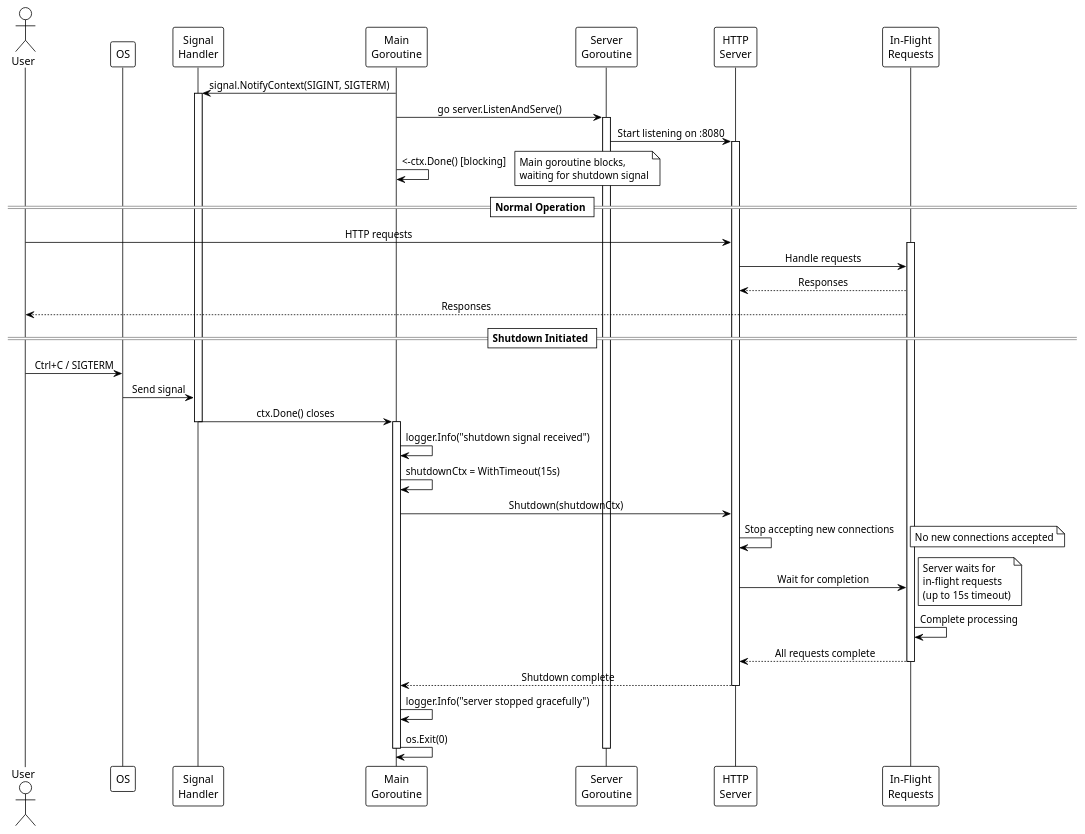
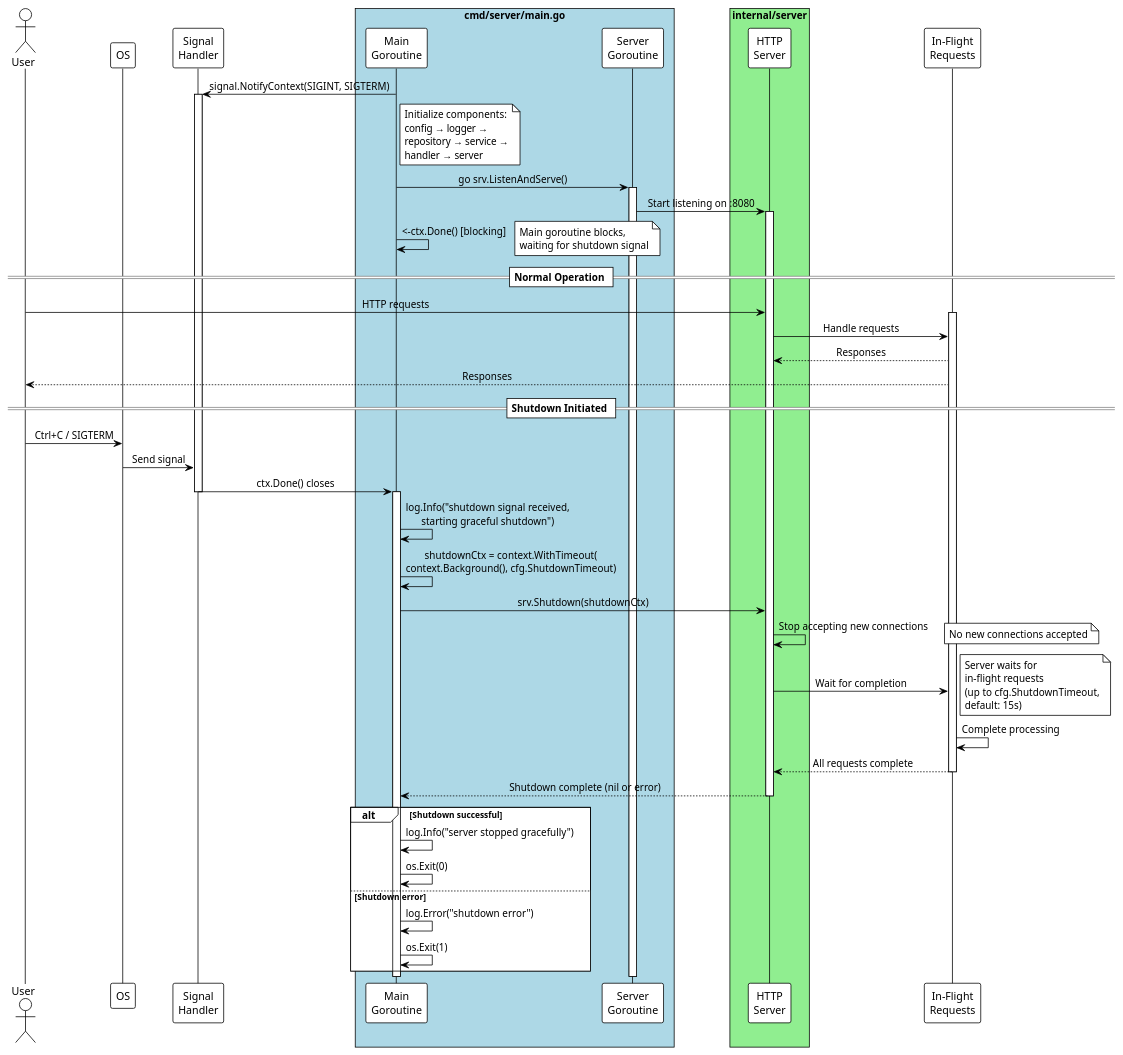
One commit to ahxar/go-backend-service changed the diagram in docs/graceful-shutdown.puml. Above: the diagram before and after it, drawn with PlantUML. The commit also changed 13 other files, not shown here.

```diff
--- a/docs/graceful-shutdown.puml
+++ b/docs/graceful-shutdown.puml
@@ -1,60 +1,75 @@
 @startuml Graceful Shutdown
 !theme plain
 skinparam sequenceMessageAlign center
 
 actor User
 participant "OS" as OS
 participant "Signal\nHandler" as Signal
+box "cmd/server/main.go" #LightBlue
 participant "Main\nGoroutine" as Main
 participant "Server\nGoroutine" as ServerGo
+end box
+box "internal/server" #LightGreen
 participant "HTTP\nServer" as Server
+end box
 participant "In-Flight\nRequests" as Requests
 
 Main -> Signal: signal.NotifyContext(SIGINT, SIGTERM)
 activate Signal
-Main -> ServerGo: go server.ListenAndServe()
+note right of Main
+  Initialize components:
+  config → logger →
+  repository → service →
+  handler → server
+end note
+Main -> ServerGo: go srv.ListenAndServe()
 activate ServerGo
 ServerGo -> Server: Start listening on :8080
 activate Server
 Main -> Main: <-ctx.Done() [blocking]
 note right: Main goroutine blocks,\nwaiting for shutdown signal
 
 == Normal Operation ==
 
 User -> Server: HTTP requests
 activate Requests
 Server -> Requests: Handle requests
 Requests --> Server: Responses
 Requests --> User: Responses
 
 == Shutdown Initiated ==
 
 User -> OS: Ctrl+C / SIGTERM
 OS -> Signal: Send signal
 Signal -> Main: ctx.Done() closes
 deactivate Signal
 activate Main
 
-Main -> Main: logger.Info("shutdown signal received")
-Main -> Main: shutdownCtx = WithTimeout(15s)
-Main -> Server: Shutdown(shutdownCtx)
+Main -> Main: log.Info("shutdown signal received,\nstarting graceful shutdown")
+Main -> Main: shutdownCtx = context.WithTimeout(\ncontext.Background(), cfg.ShutdownTimeout)
+Main -> Server: srv.Shutdown(shutdownCtx)
 
 Server -> Server: Stop accepting new connections
 note right: No new connections accepted
 
 Server -> Requests: Wait for completion
-note right: Server waits for\nin-flight requests\n(up to 15s timeout)
+note right: Server waits for\nin-flight requests\n(up to cfg.ShutdownTimeout,\ndefault: 15s)
 
 Requests -> Requests: Complete processing
 Requests --> Server: All requests complete
 deactivate Requests
 
-Server --> Main: Shutdown complete
+Server --> Main: Shutdown complete (nil or error)
 deactivate Server
 
-Main -> Main: logger.Info("server stopped gracefully")
-Main -> Main: os.Exit(0)
+alt Shutdown successful
+    Main -> Main: log.Info("server stopped gracefully")
+    Main -> Main: os.Exit(0)
+else Shutdown error
+    Main -> Main: log.Error("shutdown error")
+    Main -> Main: os.Exit(1)
+end
 deactivate Main
 deactivate ServerGo
 
 @enduml
```
